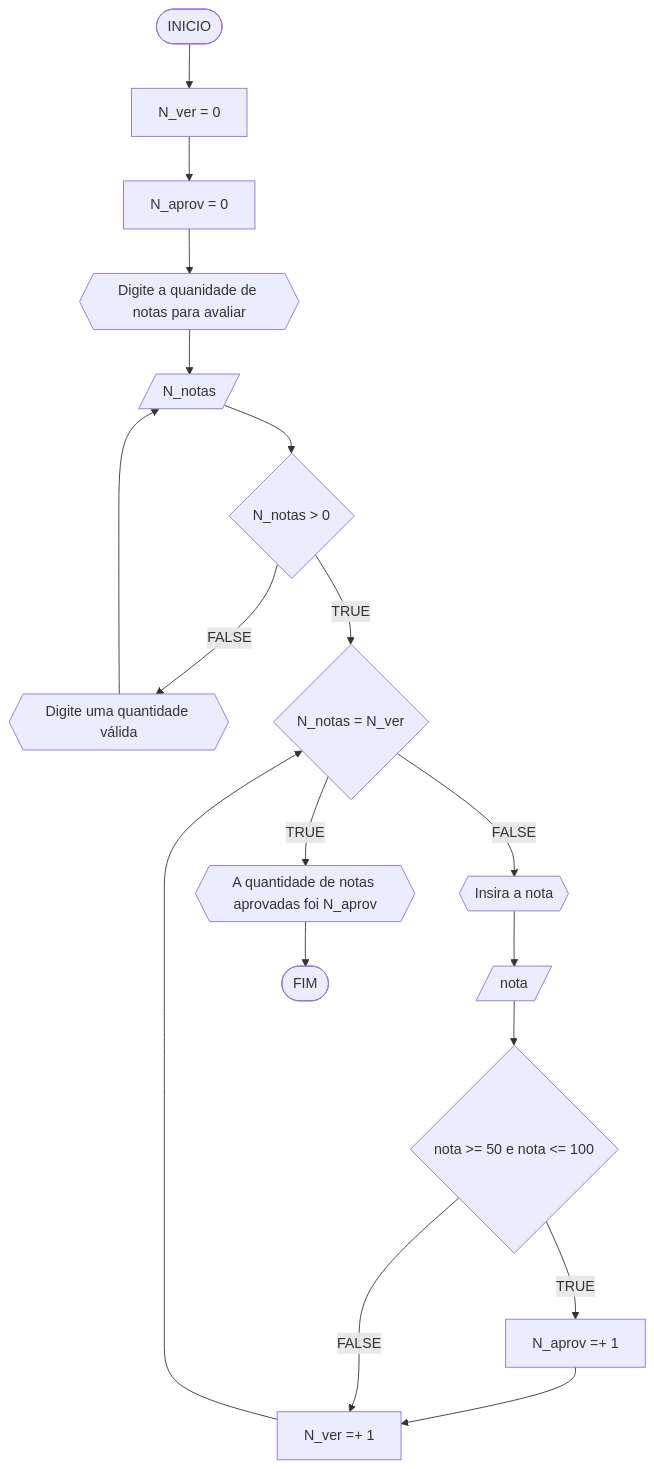
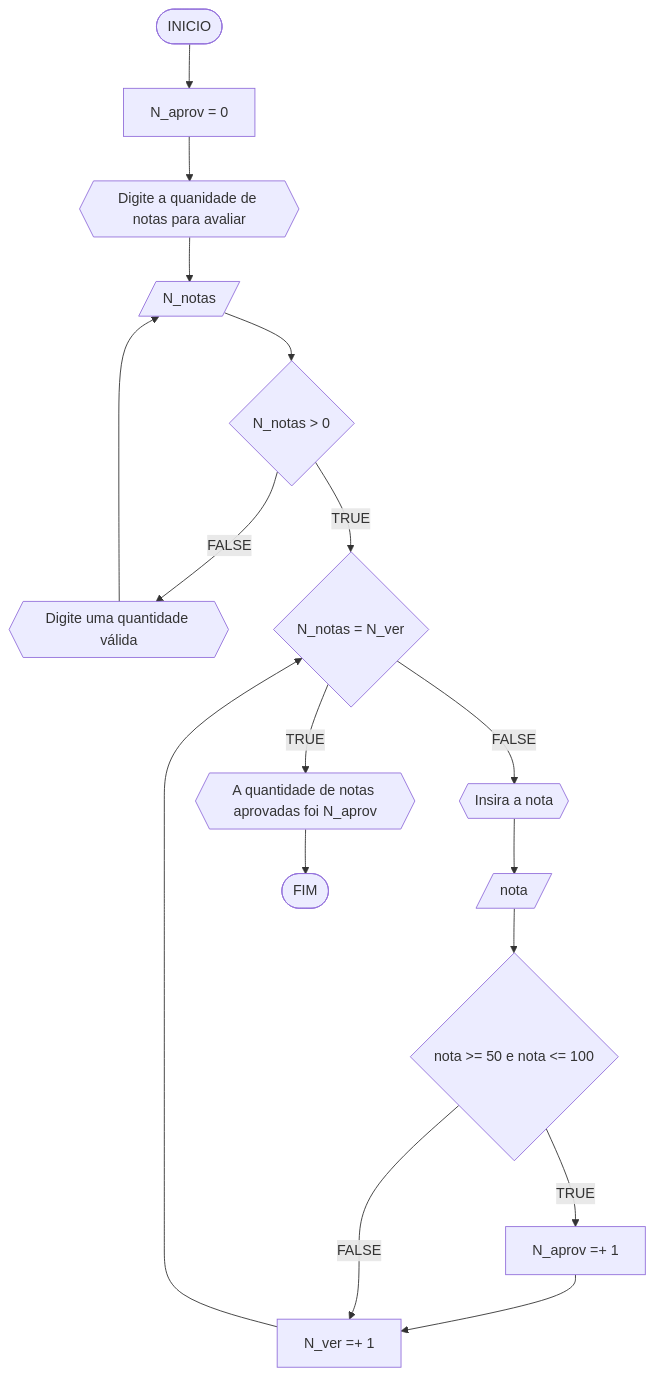
The second of 7 diagrams in RLA/AD1.md (Px1906/unifor), drawn with Mermaid before and after one commit. The commit also changed other lines of this file, not shown here.

````diff
--- a/RLA/AD1.md
+++ b/RLA/AD1.md
@@ -88,20 +88,20 @@
 ```mermaid
 flowchart TD
-A([INICIO]) --> B[N_ver = 0]
-B --> C[N_aprov = 0]
+A([INICIO])
+A --> C[N_aprov = 0]
 C --> D{{Digite a quanidade de notas para avaliar}}
 D --> E[/N_notas/]
 E --> F{N_notas > 0}
 F --FALSE--> G{{Digite uma quantidade válida}}
 G --> E
 F --TRUE--> H{N_notas = N_ver}
 H --TRUE--> I{{A quantidade de notas aprovadas foi N_aprov}}
 H --FALSE--> J{{Insira a nota}}
 J --> K[/nota/]
 K --> L{nota >= 50 e nota <= 100}
 L --TRUE--> M[N_aprov =+ 1]
 M --> N[N_ver =+ 1]
 L --FALSE--> N
 N --> H
 I --> Z([FIM])
 ```
````
